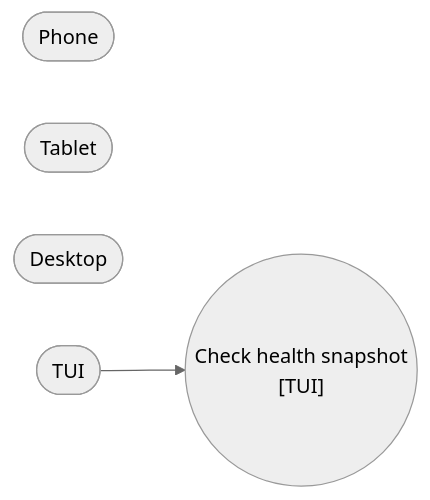
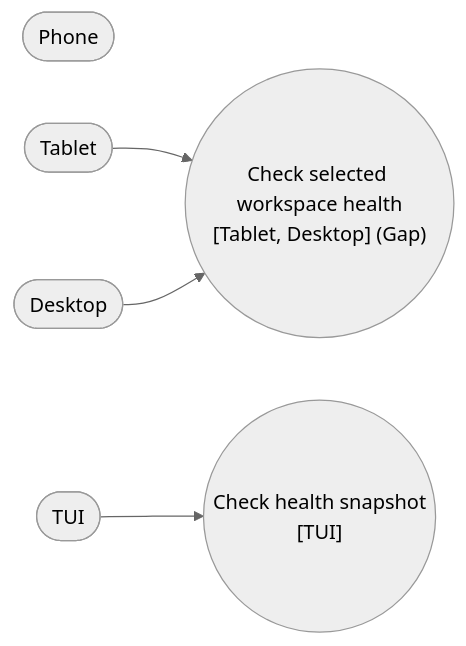
Before and after one commit to sharpninja/McpServerManager: the fourth of 6 diagrams in docs/architecture/compliance/UI-USECASE-MATRIX.md, drawn with Mermaid (neutral theme). The commit also changed other lines of this file and 1 other file, not shown here.

````diff
--- a/docs/architecture/compliance/UI-USECASE-MATRIX.md
+++ b/docs/architecture/compliance/UI-USECASE-MATRIX.md
@@ -292,11 +382,14 @@
 ```mermaid
 flowchart LR
   Phone([Phone])
   Tablet([Tablet])
   Desktop([Desktop])
   TUI([TUI])
 
   H1(("Check health snapshot<br/>[TUI]"))
+  H2(("Check selected workspace health<br/>[Tablet, Desktop] (Gap)"))
 
   TUI --> H1
+  Tablet --> H2
+  Desktop --> H2
 ```
````
